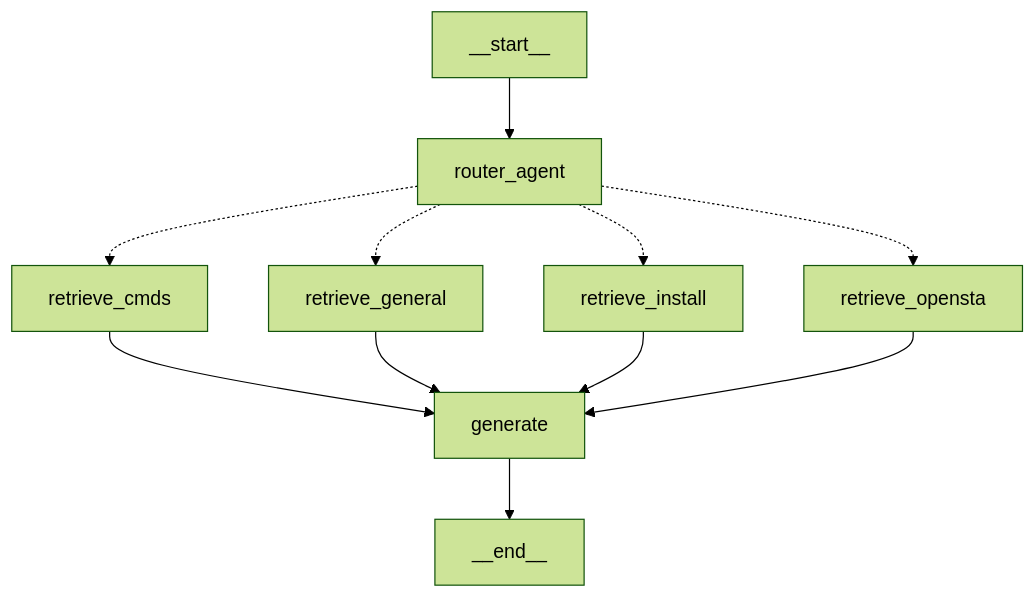
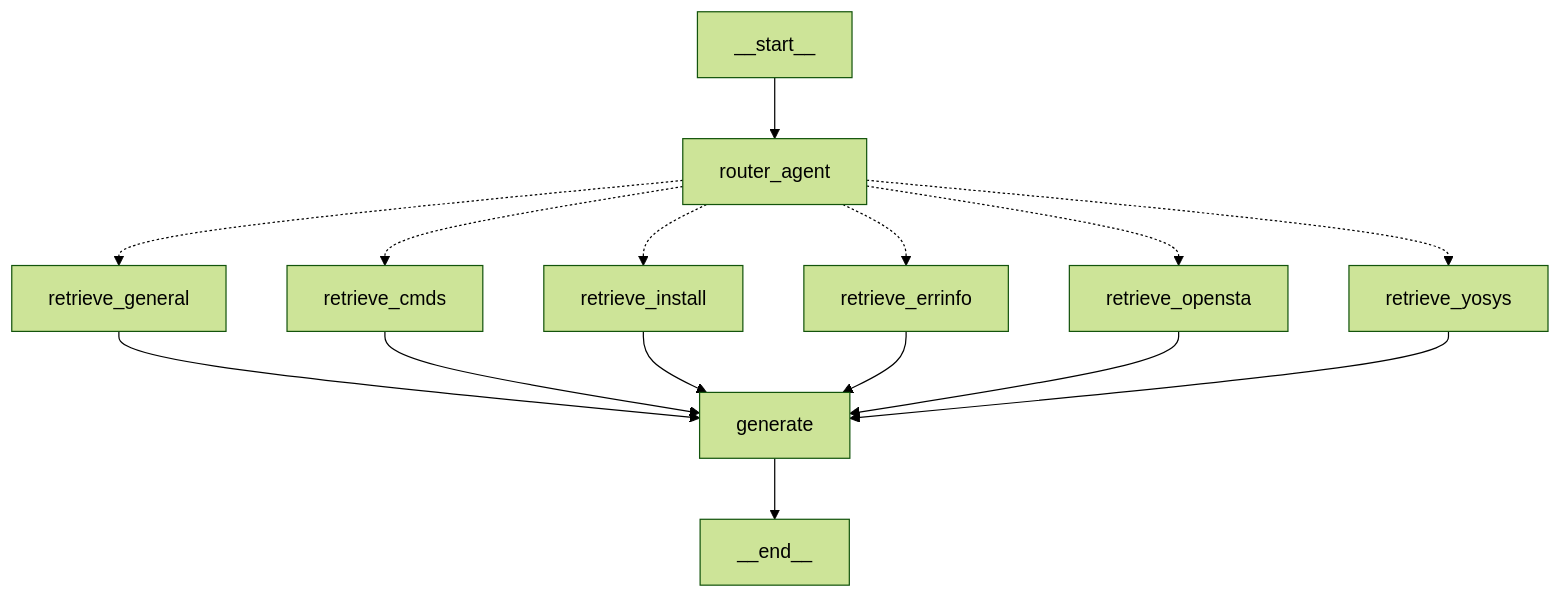
One commit to The-OpenROAD-Project/ORAssistant changed the second of 2 diagrams in README.md. Above: the diagram before and after it, drawn with Mermaid (forest theme). The commit also changed other lines of this file and 197 other files, not shown here.

````diff
--- a/README.md
+++ b/README.md
@@ -121,13 +128,17 @@
 ```mermaid
 graph TD
     __start__ --> router_agent
+    router_agent -.-> retrieve_general
     router_agent -.-> retrieve_cmds
-    router_agent -.-> retrieve_general
     router_agent -.-> retrieve_install
+    router_agent -.-> retrieve_errinfo
     router_agent -.-> retrieve_opensta
+    router_agent -.-> retrieve_yosys
+    retrieve_general --> generate
     retrieve_cmds --> generate
-    retrieve_general --> generate
     retrieve_install --> generate
+    retrieve_errinfo --> generate
     retrieve_opensta --> generate
+    retrieve_yosys --> generate
     generate --> __end__
 ```
````
